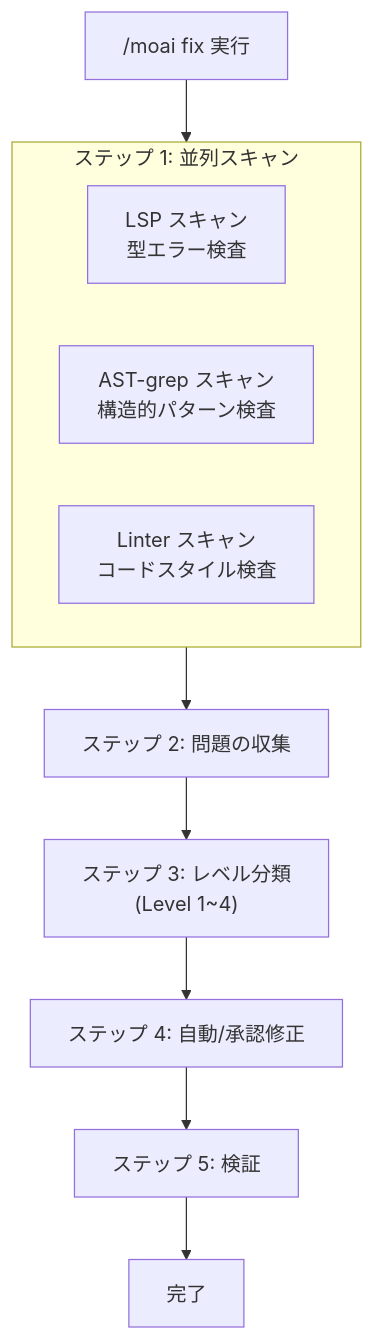
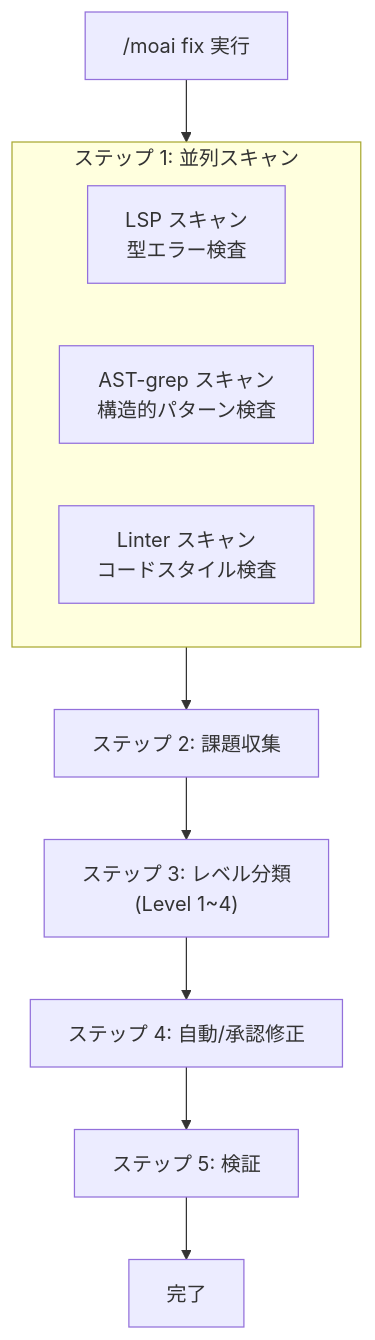
One commit to modu-ai/moai-adk changed the first of 3 diagrams in docs-site/content/ja/utility-commands/moai-fix.md. Above: the diagram before and after it, drawn with Mermaid. The commit also changed other lines of this file and 180 other files, not shown here.

````diff
--- a/docs-site/content/ja/utility-commands/moai-fix.md
+++ b/docs-site/content/ja/utility-commands/moai-fix.md
@@ -71,16 +69,16 @@
 ```mermaid
 flowchart TD
     Start["/moai fix 実行"] --> Scan
 
     subgraph Scan["ステップ 1: 並列スキャン"]
         S1["LSP スキャン<br/>型エラー検査"]
         S2["AST-grep スキャン<br/>構造的パターン検査"]
         S3["Linter スキャン<br/>コードスタイル検査"]
     end
 
-    Scan --> Collect["ステップ 2: 問題の収集"]
+    Scan --> Collect["ステップ 2: 課題収集"]
     Collect --> Classify["ステップ 3: レベル分類<br/>(Level 1~4)"]
     Classify --> Fix["ステップ 4: 自動/承認修正"]
     Fix --> Verify["ステップ 5: 検証"]
     Verify --> Done["完了"]
 ```
````
